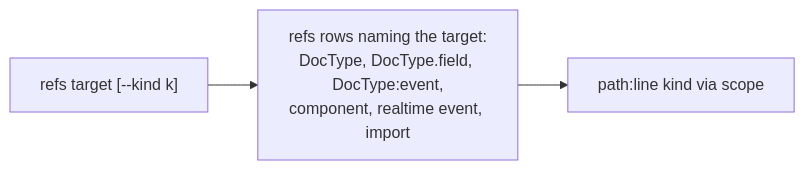
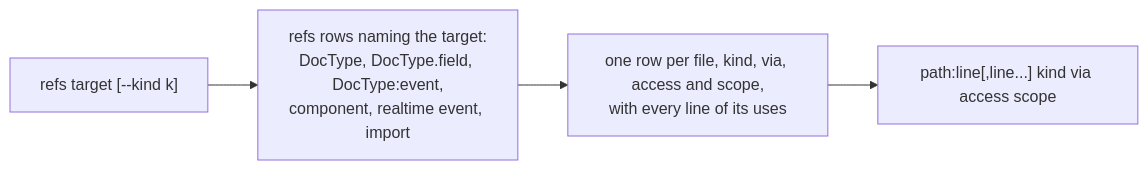
The ninth of 26 diagrams in docs/how-it-works.md (diptanilsaha/frappe-ast), drawn with Mermaid before and after one commit. The commit also changed other lines of this file and 32 other files, not shown here.

Commit message:
fix: all shortest paths, field write refs, and flows through self and call returns (#11, #12, #13, #14)

````diff
--- a/docs/how-it-works.md
+++ b/docs/how-it-works.md
@@ -182,5 +184,6 @@
 ```mermaid
 flowchart LR
   a["refs target [--kind k]"] --> r["refs rows naming the target:<br/>DocType, DocType.field, DocType:event,<br/>component, realtime event, import"]
-  r --> out["path:line kind via scope"]
+  r --> fold["one row per file, kind, via, access and scope,<br/>with every line of its uses"]
+  fold --> out["path:line[,line...] kind via access scope"]
 ```
````
